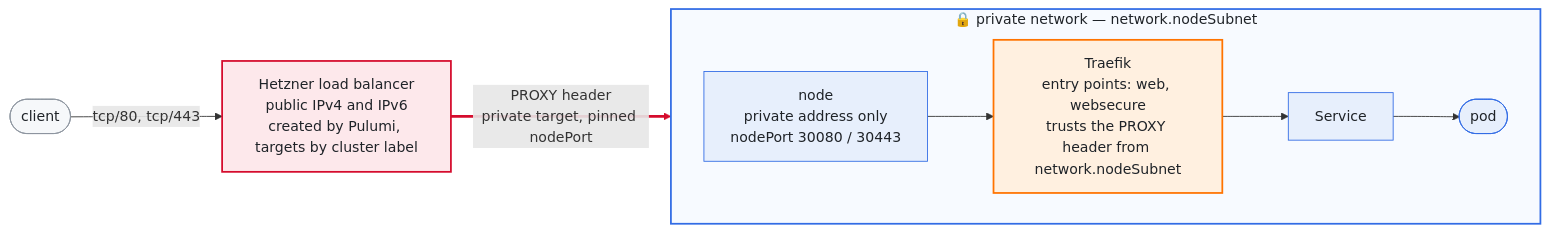
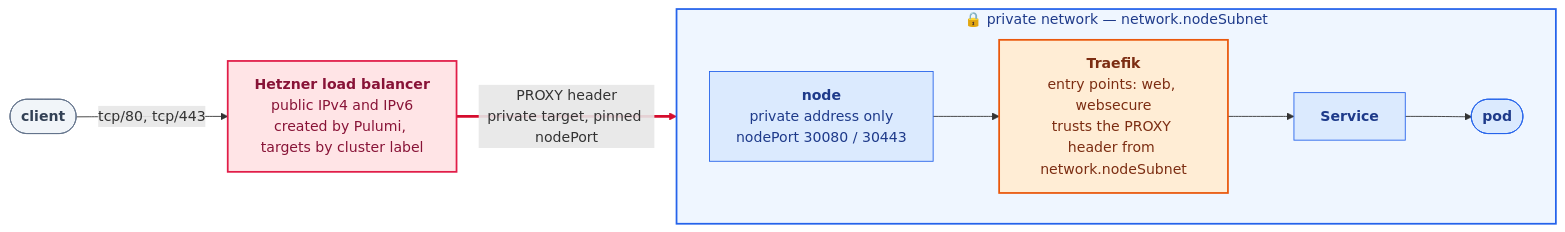
Before and after one commit to oleg-tkachuk/hetzner-iac: the first of 2 diagrams in docs/networking.md, drawn with Mermaid. The commit also changed other lines of this file and 2 other files, not shown here.

Commit message:
docs(diagrams): give the diagrams saturated fills and bold titles
The pale near-white fills read as grey. Each hue keeps its meaning — Hetzner
red, Talos orange, Kubernetes blue, Pulumi violet — as a light fill with a
stroke and text of the same hue, and each node's first line is bold.

````diff
--- a/docs/networking.md
+++ b/docs/networking.md
@@ -117,37 +117,37 @@
 ```mermaid
 flowchart LR
     %% Same palette as the diagram above, and the same reason for spelling the
     %% colours out rather than inheriting the theme's.
-    classDef outside fill:#f6f8fa,stroke:#8c959f,stroke-width:1px,color:#1f2328
-    classDef edge fill:#fde8eb,stroke:#d50c2d,stroke-width:2px,color:#1f2328
-    classDef inside fill:#e7effc,stroke:#326ce5,stroke-width:1px,color:#1f2328
-    classDef gate fill:#fff0e0,stroke:#ff7300,stroke-width:2px,color:#1f2328
+    classDef outside fill:#F1F5F9,stroke:#64748B,stroke-width:1px,color:#334155
+    classDef edge fill:#FFE4E6,stroke:#E11D48,stroke-width:2px,color:#881337
+    classDef inside fill:#DBEAFE,stroke:#2563EB,stroke-width:1px,color:#1E3A8A
+    classDef gate fill:#FFEDD5,stroke:#EA580C,stroke-width:2px,color:#7C2D12
 
-    client(["client"])
-    lb["Hetzner load balancer<br/>public IPv4 and IPv6<br/>created by Pulumi, targets by cluster label"]
+    client(["<b>client</b>"])
+    lb["<b>Hetzner load balancer</b><br/>public IPv4 and IPv6<br/>created by Pulumi, targets by cluster label"]
 
     subgraph private["🔒 private network — network.nodeSubnet"]
         direction LR
-        node["node<br/>private address only<br/>nodePort 30080 / 30443"]
-        traefik["Traefik<br/>entry points: web, websecure<br/>trusts the PROXY header from network.nodeSubnet"]
-        svc["Service"]
-        pod(["pod"])
+        node["<b>node</b><br/>private address only<br/>nodePort 30080 / 30443"]
+        traefik["<b>Traefik</b><br/>entry points: web, websecure<br/>trusts the PROXY header from network.nodeSubnet"]
+        svc["<b>Service</b>"]
+        pod(["<b>pod</b>"])
     end
 
     client -->|"tcp/80, tcp/443"| lb
     lb ==>|"PROXY header<br/>private target, pinned nodePort"| node
     node --> traefik
     traefik --> svc
     svc --> pod
 
     class client outside
     class lb edge
     class traefik gate
     class node,svc,pod inside
 
-    style private fill:#f7faff,stroke:#326ce5,stroke-width:2px,color:#1f2328
+    style private fill:#EFF6FF,stroke:#2563EB,stroke-width:2px,color:#1E3A8A
 
     %% The one edge worth pointing at: it is the hop that carries the PROXY
     %% header. Indexed by edge order, so adding an edge above this one moves it.
     linkStyle 1 stroke:#d50c2d,stroke-width:3px
 ```
````
